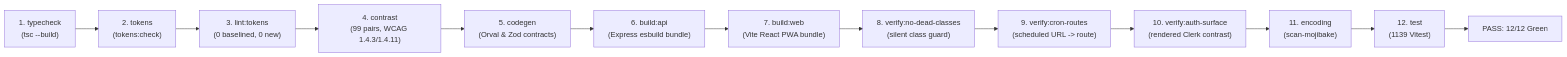
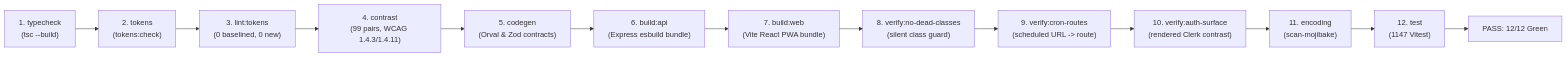
Before and after one commit to Driftloom/TaskOS: the second of 2 diagrams in spec/master-verification-matrix.md, drawn with Mermaid. The commit also changed other lines of this file and 9 other files, not shown here.

````diff
--- a/spec/master-verification-matrix.md
+++ b/spec/master-verification-matrix.md
@@ -275,15 +275,15 @@
 ```mermaid
 flowchart LR
     G1["1. typecheck<br/>(tsc --build)"] --> G2["2. tokens<br/>(tokens:check)"]
     G2 --> G3["3. lint:tokens<br/>(0 baselined, 0 new)"]
     G3 --> G4["4. contrast<br/>(99 pairs, WCAG 1.4.3/1.4.11)"]
     G4 --> G5["5. codegen<br/>(Orval & Zod contracts)"]
     G5 --> G6["6. build:api<br/>(Express esbuild bundle)"]
     G6 --> G7["7. build:web<br/>(Vite React PWA bundle)"]
     G7 --> G8["8. verify:no-dead-classes<br/>(silent class guard)"]
     G8 --> G9["9. verify:cron-routes<br/>(scheduled URL -> route)"]
     G9 --> G10["10. verify:auth-surface<br/>(rendered Clerk contrast)"]
     G10 --> G11["11. encoding<br/>(scan-mojibake)"]
-    G11 --> G12["12. test<br/>(1139 Vitest)"]
+    G11 --> G12["12. test<br/>(1147 Vitest)"]
     G12 --> Green["PASS: 12/12 Green"]
 ```
````
